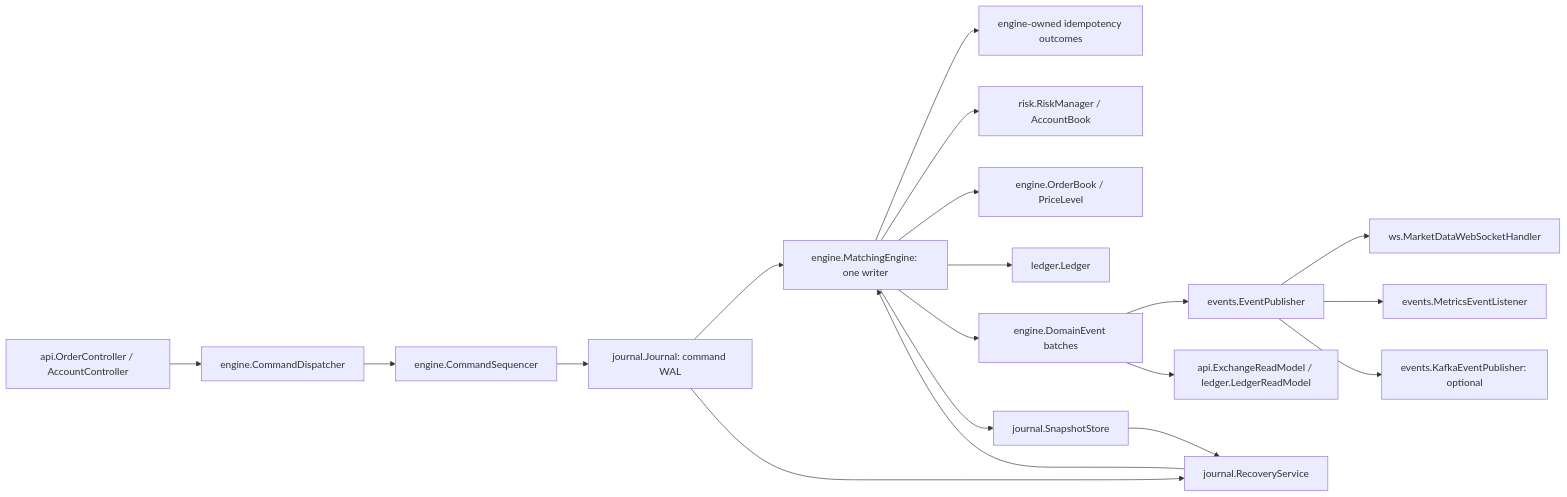
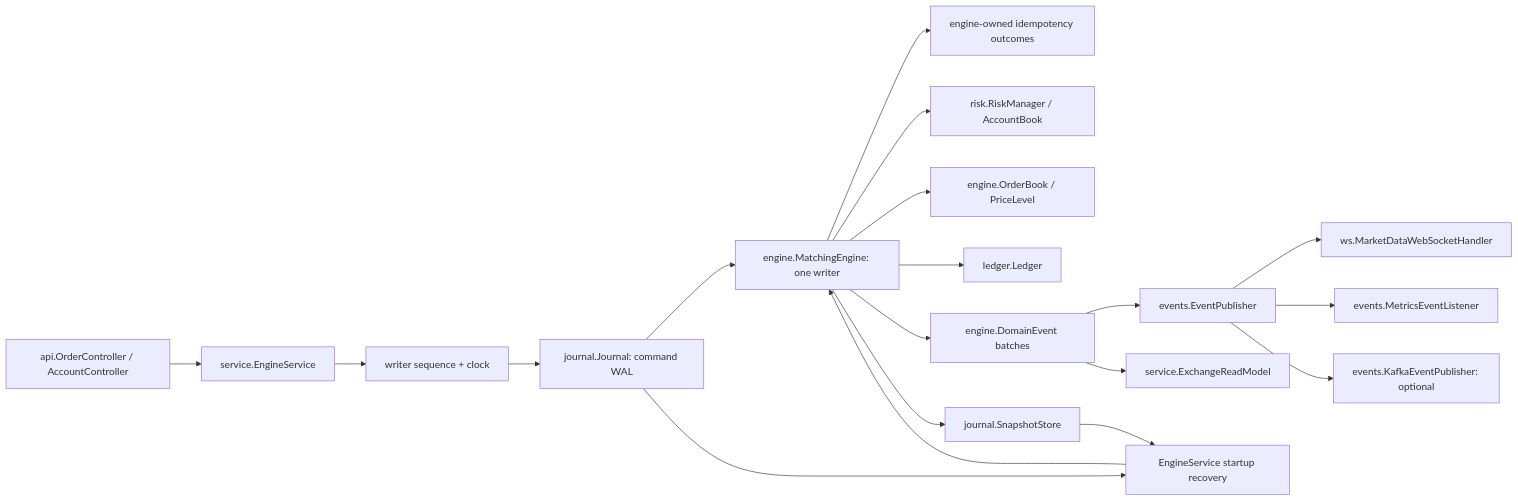
The diagram in docs/architecture.md (GuilhermeBars/matchforge), drawn with Mermaid before and after one commit. The commit also changed other lines of this file and 27 other files, not shown here.

Commit message:
Add command journal, snapshots and recovery, single-writer engine service, idempotent pipeline and pluggable event publishers

````diff
--- a/docs/architecture.md
+++ b/docs/architecture.md
@@ -8,21 +8,21 @@
 ```mermaid
 flowchart LR
-    REST[api.OrderController / AccountController] --> D[engine.CommandDispatcher]
-    D --> S[engine.CommandSequencer]
+    REST[api.OrderController / AccountController] --> D[service.EngineService]
+    D --> S[writer sequence + clock]
     S --> WAL[journal.Journal: command WAL]
     WAL --> E[engine.MatchingEngine: one writer]
     E --> I[engine-owned idempotency outcomes]
     E --> R[risk.RiskManager / AccountBook]
     E --> B[engine.OrderBook / PriceLevel]
     E --> L[ledger.Ledger]
     E --> EV[engine.DomainEvent batches]
     EV --> P[events.EventPublisher]
     P --> WS[ws.MarketDataWebSocketHandler]
     P --> M[events.MetricsEventListener]
     P --> K[events.KafkaEventPublisher: optional]
-    EV --> V[api.ExchangeReadModel / ledger.LedgerReadModel]
+    EV --> V[service.ExchangeReadModel]
     E --> SS[journal.SnapshotStore]
-    SS --> REC[journal.RecoveryService]
+    SS --> REC[EngineService startup recovery]
     WAL --> REC
     REC --> E
 ```
````
